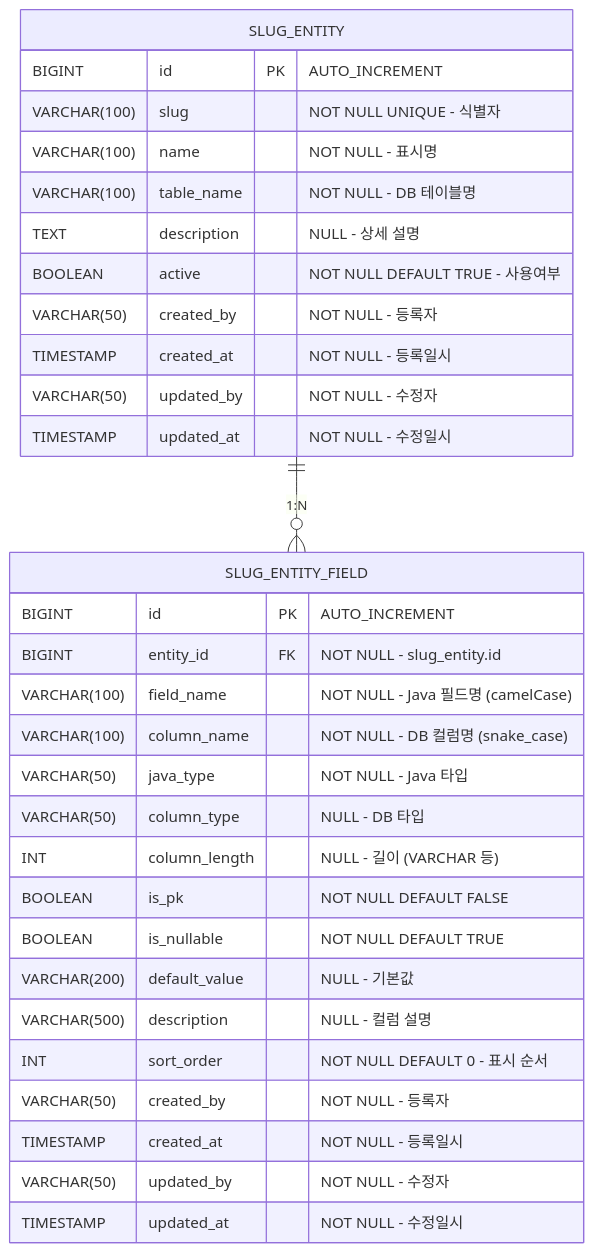
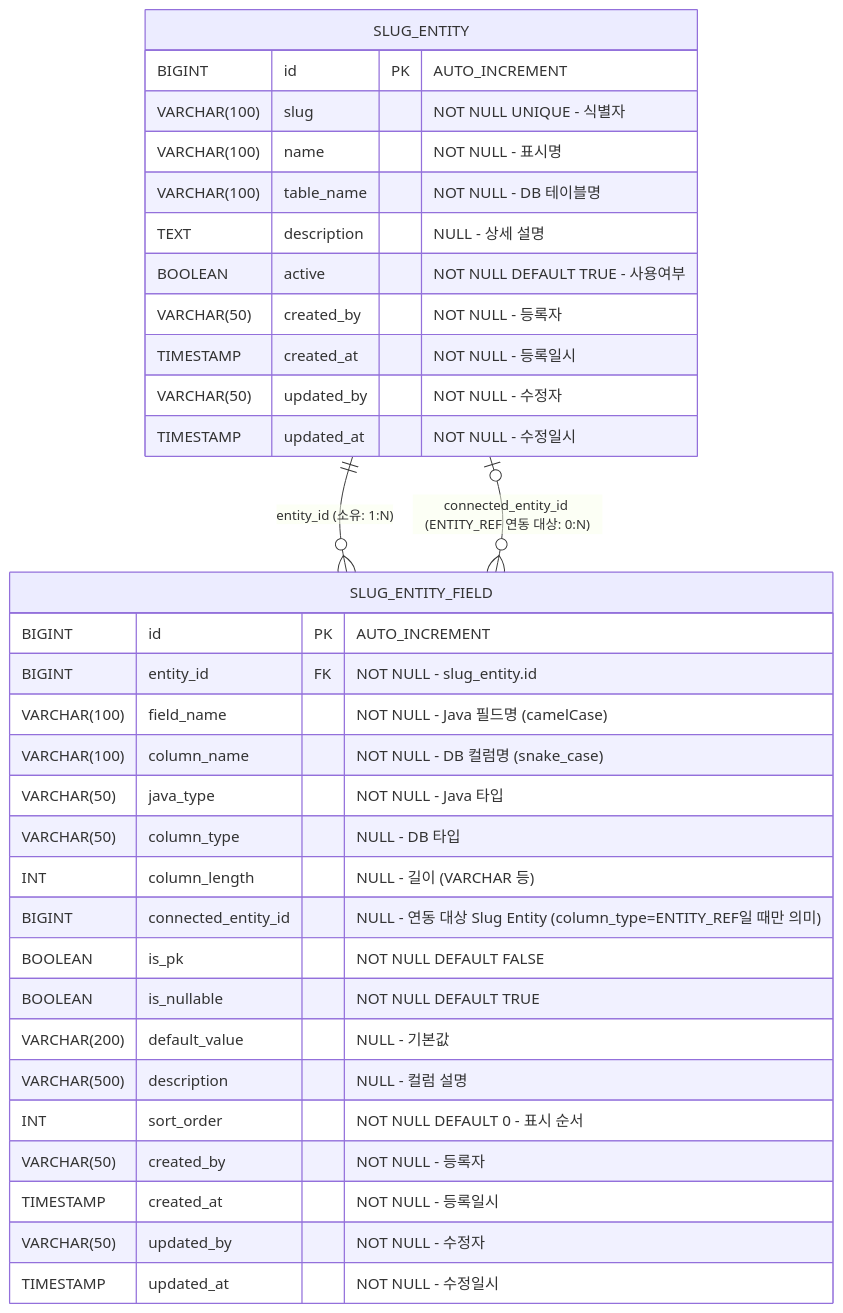
One commit to kfgabiz-lab/ge changed the diagram in docs/db/slug-entity/db_slug-entity.md. Above: the diagram before and after it, drawn with Mermaid. The commit also changed other lines of this file and 36 other files, not shown here.

````diff
--- a/docs/db/slug-entity/db_slug-entity.md
+++ b/docs/db/slug-entity/db_slug-entity.md
@@ -5,36 +5,38 @@
 ```mermaid
 erDiagram
     SLUG_ENTITY {
         BIGINT id PK "AUTO_INCREMENT"
         VARCHAR(100) slug "NOT NULL UNIQUE - 식별자"
         VARCHAR(100) name "NOT NULL - 표시명"
         VARCHAR(100) table_name "NOT NULL - DB 테이블명"
         TEXT description "NULL - 상세 설명"
         BOOLEAN active "NOT NULL DEFAULT TRUE - 사용여부"
         VARCHAR(50) created_by "NOT NULL - 등록자"
         TIMESTAMP created_at "NOT NULL - 등록일시"
         VARCHAR(50) updated_by "NOT NULL - 수정자"
         TIMESTAMP updated_at "NOT NULL - 수정일시"
     }
 
     SLUG_ENTITY_FIELD {
         BIGINT id PK "AUTO_INCREMENT"
         BIGINT entity_id FK "NOT NULL - slug_entity.id"
         VARCHAR(100) field_name "NOT NULL - Java 필드명 (camelCase)"
         VARCHAR(100) column_name "NOT NULL - DB 컬럼명 (snake_case)"
         VARCHAR(50) java_type "NOT NULL - Java 타입"
         VARCHAR(50) column_type "NULL - DB 타입"
         INT column_length "NULL - 길이 (VARCHAR 등)"
+        BIGINT connected_entity_id "NULL - 연동 대상 Slug Entity (column_type=ENTITY_REF일 때만 의미)"
         BOOLEAN is_pk "NOT NULL DEFAULT FALSE"
         BOOLEAN is_nullable "NOT NULL DEFAULT TRUE"
         VARCHAR(200) default_value "NULL - 기본값"
         VARCHAR(500) description "NULL - 컬럼 설명"
         INT sort_order "NOT NULL DEFAULT 0 - 표시 순서"
         VARCHAR(50) created_by "NOT NULL - 등록자"
         TIMESTAMP created_at "NOT NULL - 등록일시"
         VARCHAR(50) updated_by "NOT NULL - 수정자"
         TIMESTAMP updated_at "NOT NULL - 수정일시"
     }
 
-    SLUG_ENTITY ||--o{ SLUG_ENTITY_FIELD : "1:N"
+    SLUG_ENTITY ||--o{ SLUG_ENTITY_FIELD : "entity_id (소유: 1:N)"
+    SLUG_ENTITY |o--o{ SLUG_ENTITY_FIELD : "connected_entity_id (ENTITY_REF 연동 대상: 0:N)"
 ```
````
